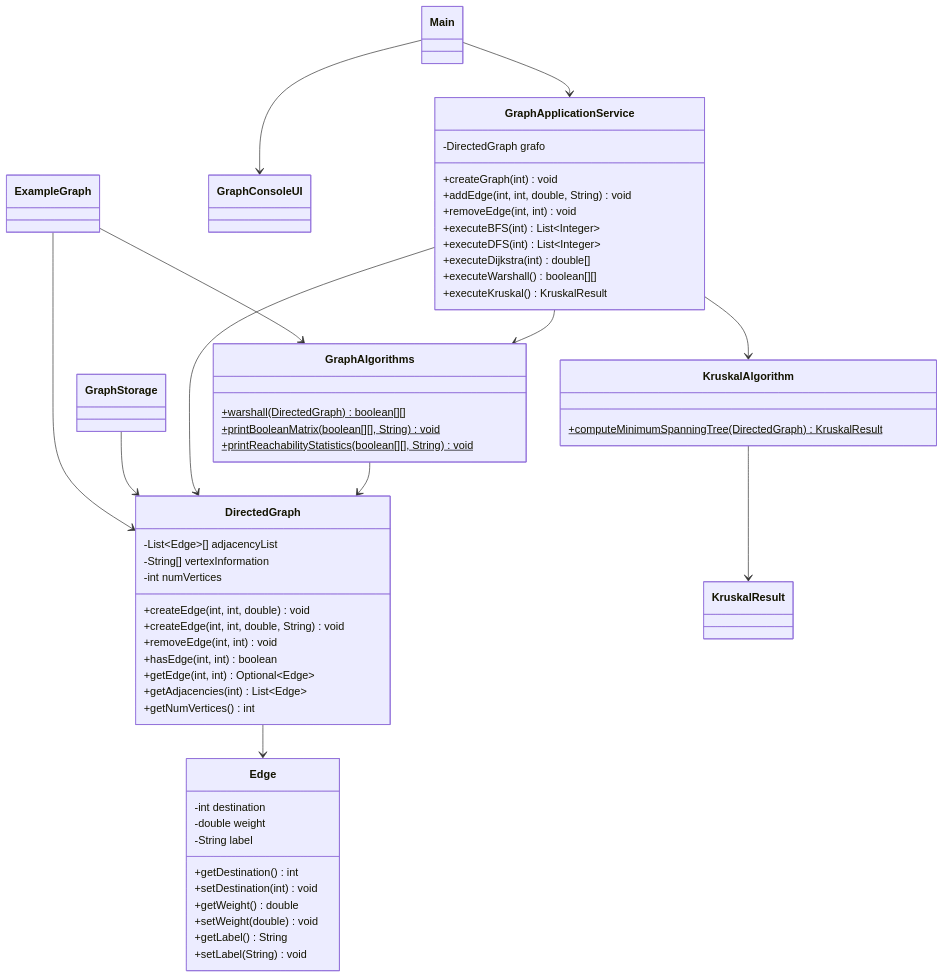
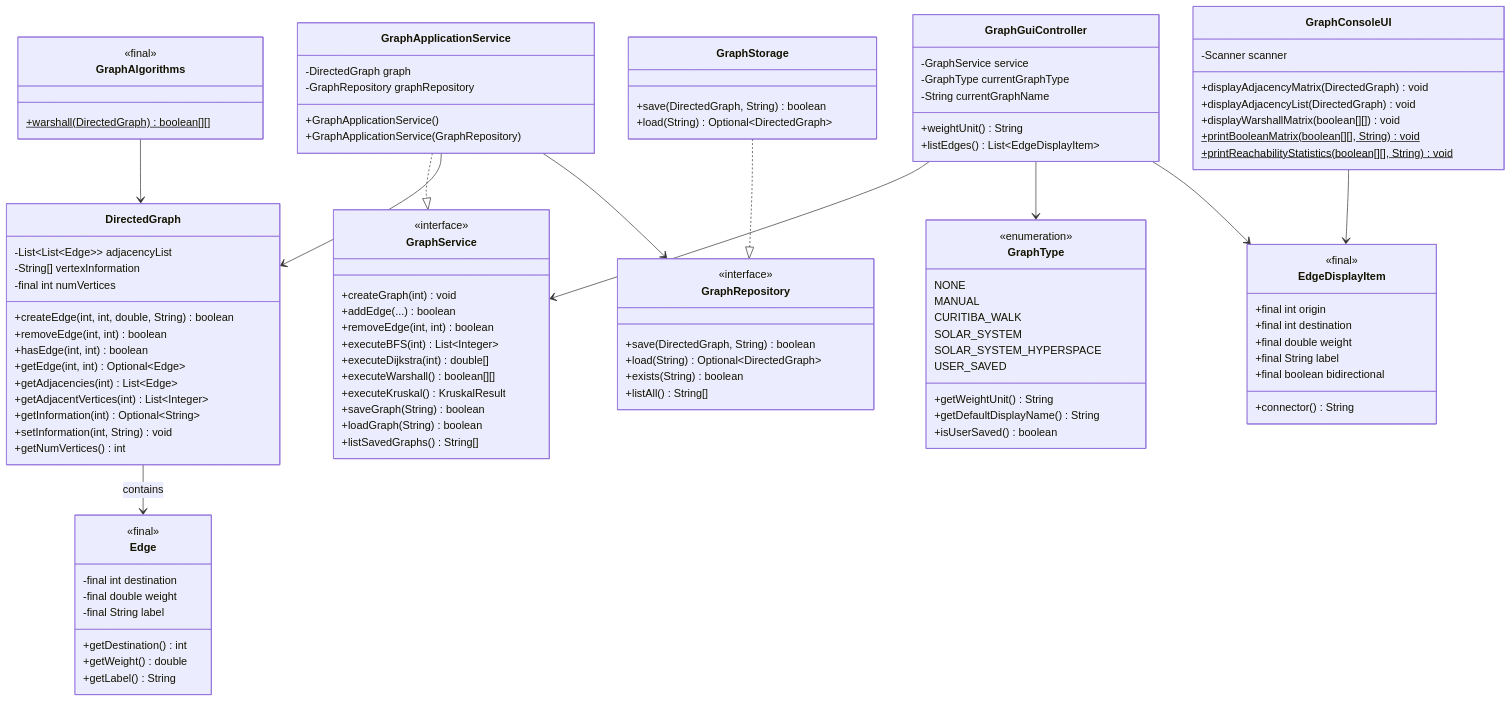
Before and after one commit to cyberfika/GraphTasksTDEs: the first of 3 diagrams in docs/design.md, drawn with Mermaid. The commit also changed other lines of this file and 22 other files, not shown here.

First line of the commit message:
Refactor graph examples and UI components to enhance modularity and maintainability

````diff
--- a/docs/design.md
+++ b/docs/design.md
@@ -58,68 +86,119 @@
 ```mermaid
 classDiagram
+    direction TB
+
     class Edge {
-        -int destination
-        -double weight
-        -String label
+        <<final>>
+        -final int destination
+        -final double weight
+        -final String label
         +getDestination() int
-        +setDestination(int) void
         +getWeight() double
-        +setWeight(double) void
         +getLabel() String
-        +setLabel(String) void
     }
 
     class DirectedGraph {
-        -List~Edge~[] adjacencyList
+        -List~List~Edge~~ adjacencyList
         -String[] vertexInformation
-        -int numVertices
-        +createEdge(int, int, double) void
-        +createEdge(int, int, double, String) void
-        +removeEdge(int, int) void
+        -final int numVertices
+        +createEdge(int, int, double, String) boolean
+        +removeEdge(int, int) boolean
         +hasEdge(int, int) boolean
         +getEdge(int, int) Optional~Edge~
         +getAdjacencies(int) List~Edge~
+        +getAdjacentVertices(int) List~Integer~
+        +getInformation(int) Optional~String~
+        +setInformation(int, String) void
         +getNumVertices() int
     }
 
+    class GraphService {
+        <<interface>>
+        +createGraph(int) void
+        +addEdge(...) boolean
+        +removeEdge(int, int) boolean
+        +executeBFS(int) List~Integer~
+        +executeDijkstra(int) double[]
+        +executeWarshall() boolean[][]
+        +executeKruskal() KruskalResult
+        +saveGraph(String) boolean
+        +loadGraph(String) boolean
+        +listSavedGraphs() String[]
+    }
+
+    class GraphApplicationService {
+        -DirectedGraph graph
+        -GraphRepository graphRepository
+        +GraphApplicationService()
+        +GraphApplicationService(GraphRepository)
+    }
+
+    class GraphRepository {
+        <<interface>>
+        +save(DirectedGraph, String) boolean
+        +load(String) Optional~DirectedGraph~
+        +exists(String) boolean
+        +listAll() String[]
+    }
+
+    class GraphStorage {
+        +save(DirectedGraph, String) boolean
+        +load(String) Optional~DirectedGraph~
+    }
+
     class GraphAlgorithms {
+        <<final>>
         +warshall(DirectedGraph) boolean[][]$
+    }
+
+    class GraphType {
+        <<enumeration>>
+        NONE
+        MANUAL
+        CURITIBA_WALK
+        SOLAR_SYSTEM
+        SOLAR_SYSTEM_HYPERSPACE
+        USER_SAVED
+        +getWeightUnit() String
+        +getDefaultDisplayName() String
+        +isUserSaved() boolean
+    }
+
+    class EdgeDisplayItem {
+        <<final>>
+        +final int origin
+        +final int destination
+        +final double weight
+        +final String label
+        +final boolean bidirectional
+        +connector() String
+    }
+
+    class GraphConsoleUI {
+        -Scanner scanner
+        +displayAdjacencyMatrix(DirectedGraph) void
+        +displayAdjacencyList(DirectedGraph) void
+        +displayWarshallMatrix(boolean[][]) void
         +printBooleanMatrix(boolean[][], String) void$
         +printReachabilityStatistics(boolean[][], String) void$
     }
 
-    class KruskalAlgorithm {
-        +computeMinimumSpanningTree(DirectedGraph) KruskalResult$
+    class GraphGuiController {
+        -GraphService service
+        -GraphType currentGraphType
+        -String currentGraphName
+        +weightUnit() String
+        +listEdges() List~EdgeDisplayItem~
     }
 
-    class KruskalResult
-
-    class GraphApplicationService {
-        -DirectedGraph grafo
-        +createGraph(int) void
-        +addEdge(int, int, double, String) void
-        +removeEdge(int, int) void
-        +executeBFS(int) List~Integer~
-        +executeDFS(int) List~Integer~
-        +executeDijkstra(int) double[]
-        +executeWarshall() boolean[][]
-        +executeKruskal() KruskalResult
-    }
-
-    class GraphConsoleUI
-    class GraphStorage
-    class Main
-    class ExampleGraph
-
-    DirectedGraph --> Edge
+    DirectedGraph --> Edge : contains
+    GraphApplicationService ..|> GraphService
+    GraphApplicationService --> DirectedGraph
+    GraphApplicationService --> GraphRepository
+    GraphStorage ..|> GraphRepository
     GraphAlgorithms --> DirectedGraph
-    GraphApplicationService --> DirectedGraph
-    GraphApplicationService --> GraphAlgorithms
-    GraphApplicationService --> KruskalAlgorithm
-    KruskalAlgorithm --> KruskalResult
-    GraphStorage --> DirectedGraph
-    Main --> GraphApplicationService
-    Main --> GraphConsoleUI
-    ExampleGraph --> DirectedGraph
-    ExampleGraph --> GraphAlgorithms
+    GraphGuiController --> GraphService
+    GraphGuiController --> GraphType
+    GraphConsoleUI --> EdgeDisplayItem
+    GraphGuiController --> EdgeDisplayItem
 ```
````
